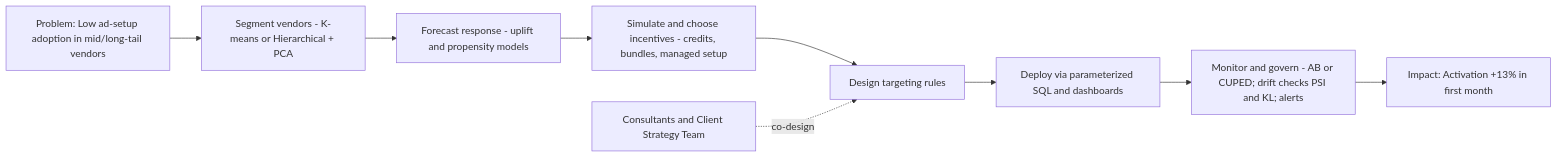
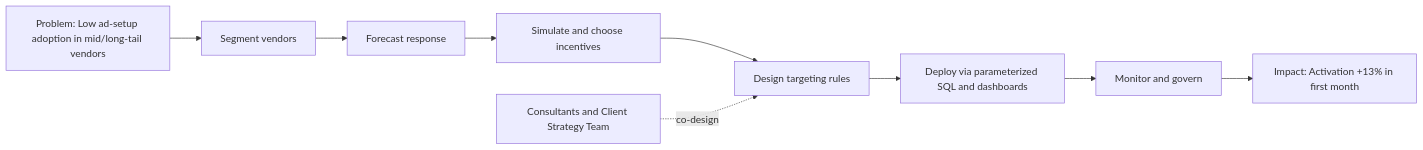
Before and after one commit to LuDanielPoyu/McKinsey-Data-Scientist: the sixth of 6 diagrams in README.md, drawn with Mermaid.

````diff
--- a/README.md
+++ b/README.md
@@ -245,13 +245,13 @@
 ```mermaid
 flowchart LR
-  A[Problem: Low ad-setup adoption in mid/long-tail vendors] --> B[Segment vendors - K-means or Hierarchical + PCA]
-  B --> C[Forecast response - uplift and propensity models]
-  C --> D[Simulate and choose incentives - credits, bundles, managed setup]
+  A[Problem: Low ad-setup adoption in mid/long-tail vendors] --> B[Segment vendors]
+  B --> C[Forecast response]
+  C --> D[Simulate and choose incentives]
   D --> E[Design targeting rules]
   E --> F[Deploy via parameterized SQL and dashboards]
-  F --> G[Monitor and govern - AB or CUPED; drift checks PSI and KL; alerts]
+  F --> G[Monitor and govern]
   G --> H[Impact: Activation +13% in first month]
 
   I[Consultants and Client Strategy Team]
   I -. co-design .-> E
 ```
````
